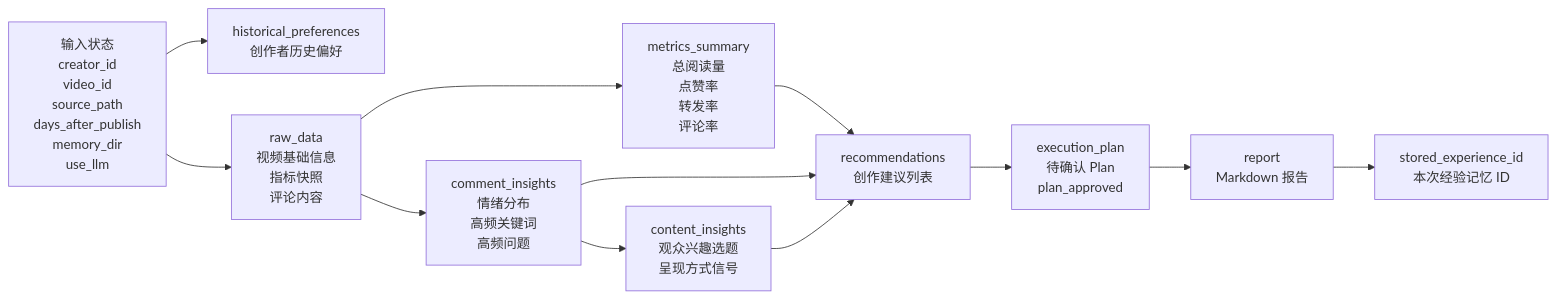
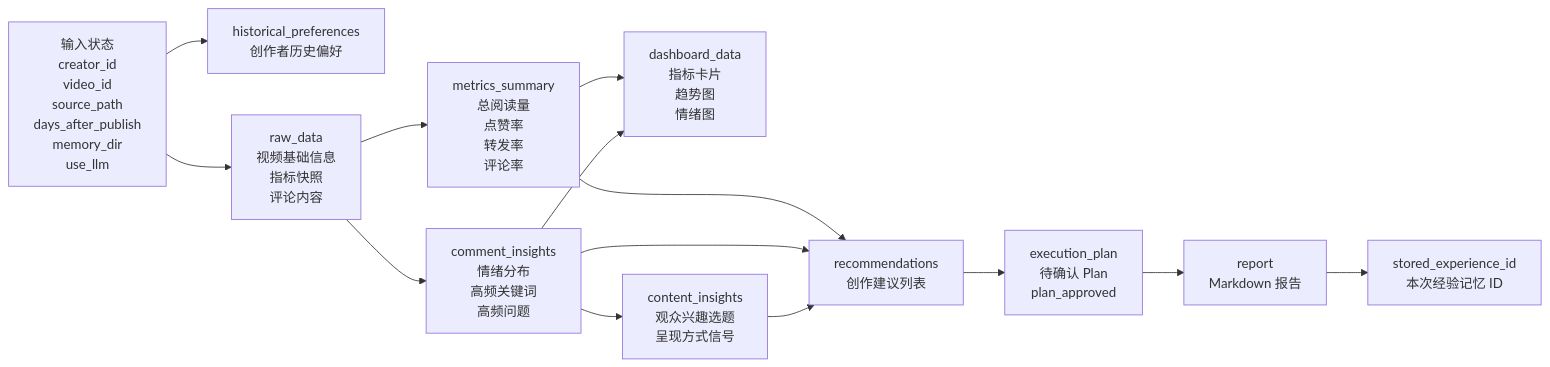
The second of 2 diagrams in knowledges/03_langgraph_workflow.md (daviddou2023/creator-assistant-agent), drawn with Mermaid before and after one commit. The commit also changed other lines of this file and 19 other files, not shown here.

````diff
--- a/knowledges/03_langgraph_workflow.md
+++ b/knowledges/03_langgraph_workflow.md
@@ -36,25 +38,28 @@
 ```mermaid
 flowchart LR
     input[输入状态<br/>creator_id<br/>video_id<br/>source_path<br/>days_after_publish<br/>memory_dir<br/>use_llm]
     history[historical_preferences<br/>创作者历史偏好]
     raw[raw_data<br/>视频基础信息<br/>指标快照<br/>评论内容]
     metric_state[metrics_summary<br/>总阅读量<br/>点赞率<br/>转发率<br/>评论率]
     comment_state[comment_insights<br/>情绪分布<br/>高频关键词<br/>高频问题]
+    dashboard_state[dashboard_data<br/>指标卡片<br/>趋势图<br/>情绪图]
     content_state[content_insights<br/>观众兴趣选题<br/>呈现方式信号]
     rec_state[recommendations<br/>创作建议列表]
     plan_state[execution_plan<br/>待确认 Plan<br/>plan_approved]
     report_state[report<br/>Markdown 报告]
     memory_state[stored_experience_id<br/>本次经验记忆 ID]
 
     input --> history
     input --> raw
     raw --> metric_state
     raw --> comment_state
+    metric_state --> dashboard_state
+    comment_state --> dashboard_state
     comment_state --> content_state
     metric_state --> rec_state
     comment_state --> rec_state
     content_state --> rec_state
     rec_state --> plan_state
     plan_state --> report_state
     report_state --> memory_state
 ```
````
